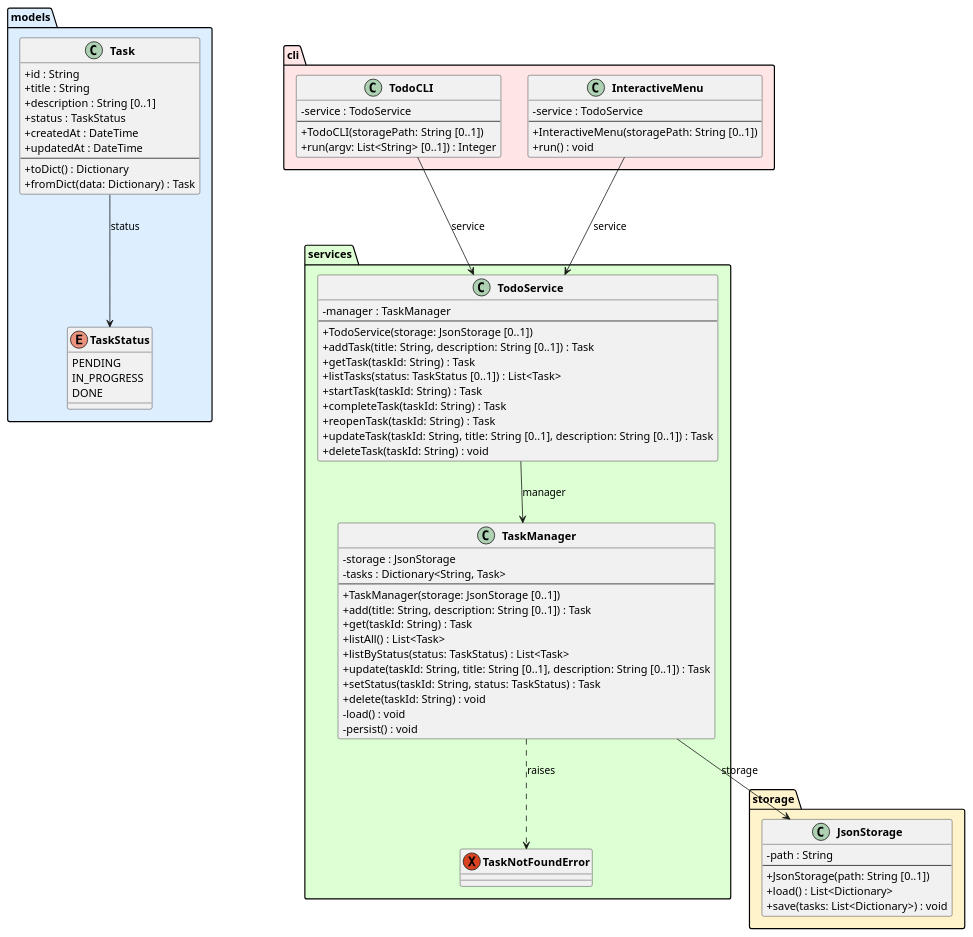
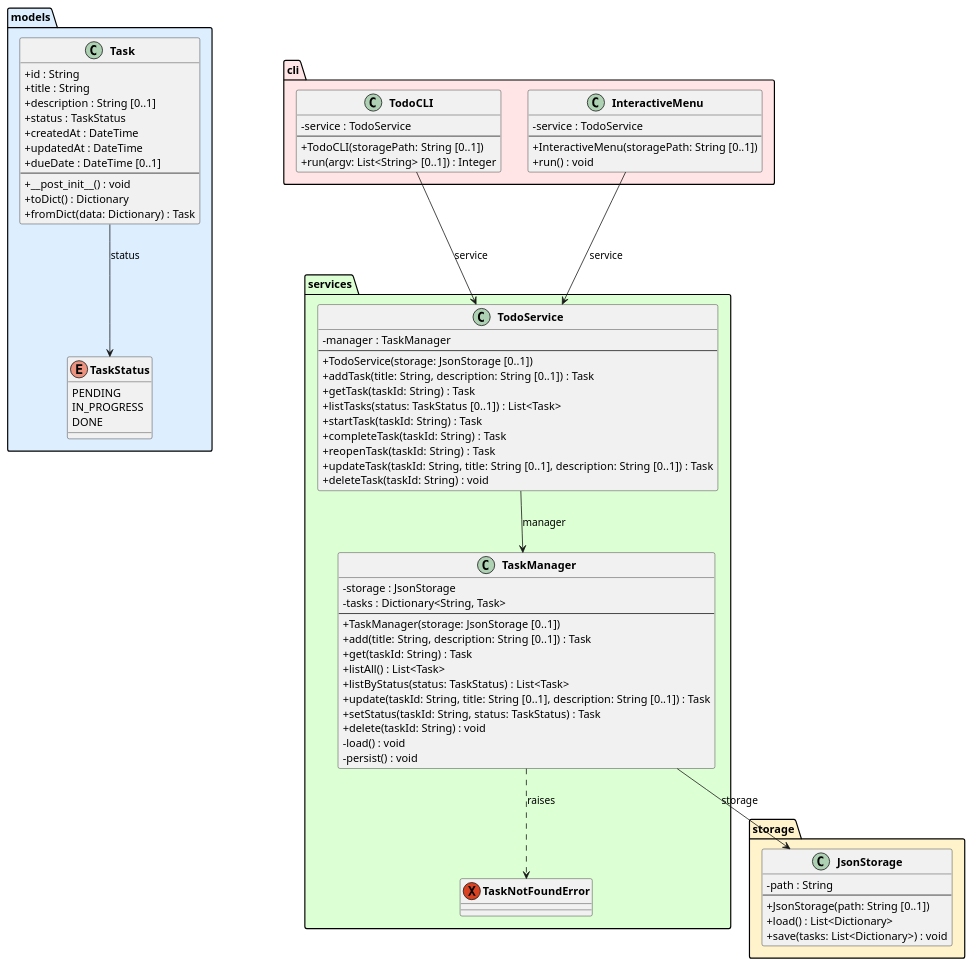
One commit to DanielRiha8906/Software_autoevolution_using_agents changed the diagram in experiments/pipeline/test_driven/TODO/artifacts/class_diagram.puml. Above: the diagram before and after it, drawn with PlantUML. The commit also changed 3 other files, not shown here.

First line of the commit message:
task 01: add optional due_date field to Task

```diff
--- a/experiments/pipeline/test_driven/TODO/artifacts/class_diagram.puml
+++ b/experiments/pipeline/test_driven/TODO/artifacts/class_diagram.puml
@@ -1,93 +1,95 @@
 @startuml class_diagram
 
 skinparam classAttributeIconSize 0
 skinparam classFontStyle bold
 
 package "models" #DDEEFF {
     enum TaskStatus {
         PENDING
         IN_PROGRESS
         DONE
     }
 
     class Task {
         +id : String
         +title : String
         +description : String [0..1]
         +status : TaskStatus
         +createdAt : DateTime
         +updatedAt : DateTime
+        +dueDate : DateTime [0..1]
         --
+        +__post_init__() : void
         +toDict() : Dictionary
         +fromDict(data: Dictionary) : Task
     }
 }
 
 package "storage" #FFF3CC {
     class JsonStorage {
         -path : String
         --
         +JsonStorage(path: String [0..1])
         +load() : List<Dictionary>
         +save(tasks: List<Dictionary>) : void
     }
 }
 
 package "services" #DDFFD4 {
     exception TaskNotFoundError
 
     class TaskManager {
         -storage : JsonStorage
         -tasks : Dictionary<String, Task>
         --
         +TaskManager(storage: JsonStorage [0..1])
         +add(title: String, description: String [0..1]) : Task
         +get(taskId: String) : Task
         +listAll() : List<Task>
         +listByStatus(status: TaskStatus) : List<Task>
         +update(taskId: String, title: String [0..1], description: String [0..1]) : Task
         +setStatus(taskId: String, status: TaskStatus) : Task
         +delete(taskId: String) : void
         -load() : void
         -persist() : void
     }
 
     class TodoService {
         -manager : TaskManager
         --
         +TodoService(storage: JsonStorage [0..1])
         +addTask(title: String, description: String [0..1]) : Task
         +getTask(taskId: String) : Task
         +listTasks(status: TaskStatus [0..1]) : List<Task>
         +startTask(taskId: String) : Task
         +completeTask(taskId: String) : Task
         +reopenTask(taskId: String) : Task
         +updateTask(taskId: String, title: String [0..1], description: String [0..1]) : Task
         +deleteTask(taskId: String) : void
     }
 }
 
 package "cli" #FFE5E5 {
     class TodoCLI {
         -service : TodoService
         --
         +TodoCLI(storagePath: String [0..1])
         +run(argv: List<String> [0..1]) : Integer
     }
 
     class InteractiveMenu {
         -service : TodoService
         --
         +InteractiveMenu(storagePath: String [0..1])
         +run() : void
     }
 }
 
 Task --> TaskStatus : status
 TaskManager --> JsonStorage : storage
 TaskManager ..> TaskNotFoundError : raises
 TodoService --> TaskManager : manager
 TodoCLI --> TodoService : service
 InteractiveMenu --> TodoService : service
 
 @enduml
```
